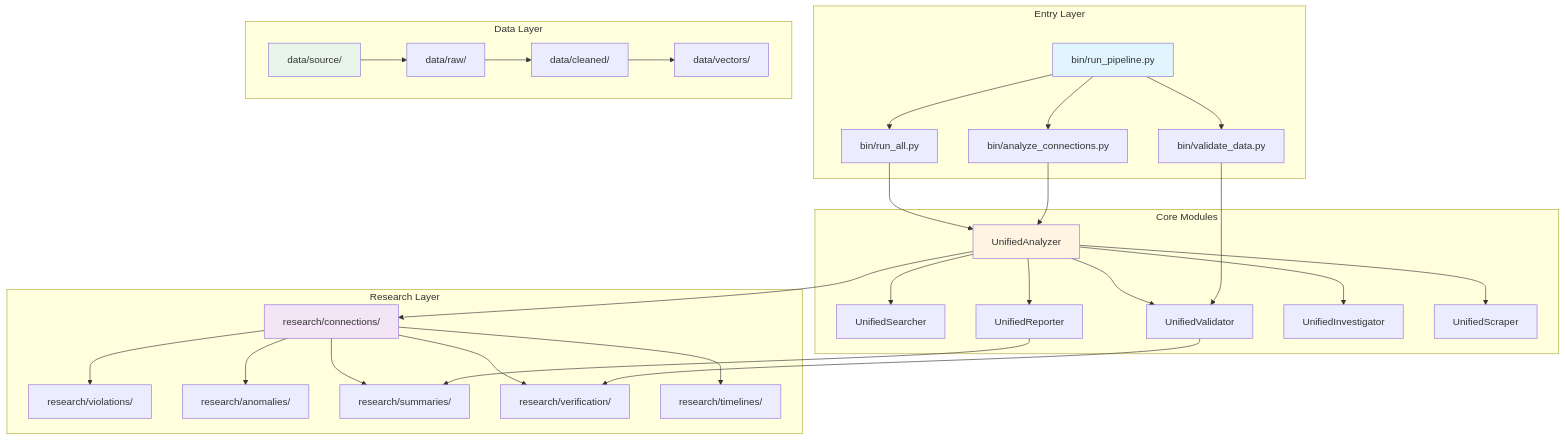
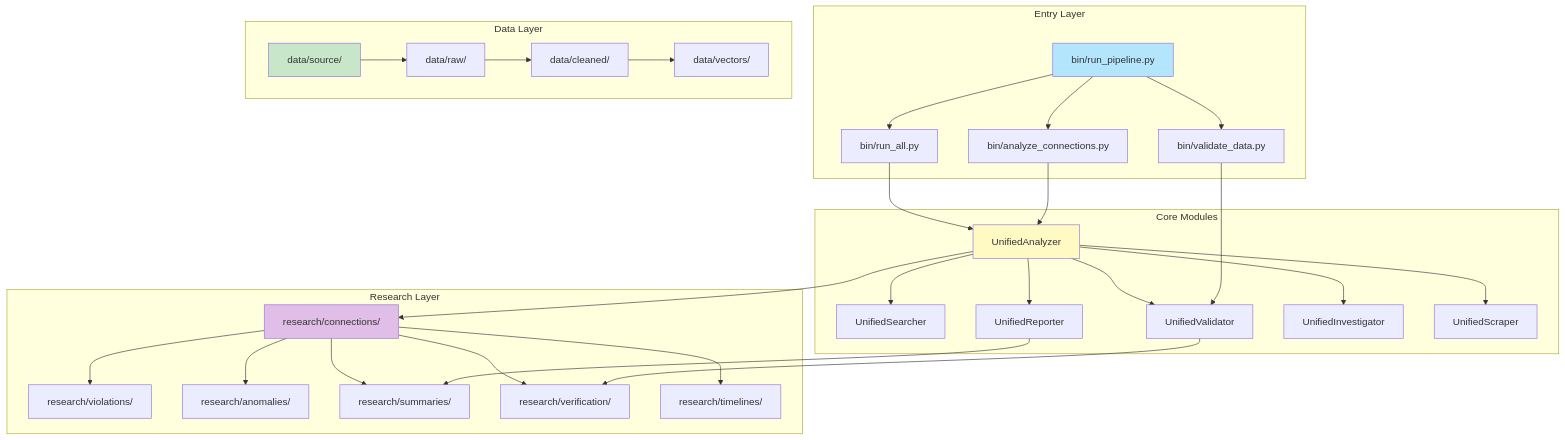
The diagram in docs/SYSTEM_ARCHITECTURE.md (1digitaldesign/kettler-data-analysis), drawn with Mermaid before and after one commit. The commit also changed 16 other files, not shown here.

First line of the commit message:
Refactor all diagrams with pastel color scheme and add new diagrams

````diff
--- a/docs/SYSTEM_ARCHITECTURE.md
+++ b/docs/SYSTEM_ARCHITECTURE.md
@@ -9,42 +9,42 @@
 ```mermaid
 graph TB
     subgraph "Entry Layer"
         A[bin/run_pipeline.py] --> B[bin/run_all.py]
         A --> C[bin/analyze_connections.py]
         A --> D[bin/validate_data.py]
     end
 
     subgraph "Core Modules"
         E[UnifiedAnalyzer] --> F[UnifiedSearcher]
         E --> G[UnifiedValidator]
         E --> H[UnifiedReporter]
         E --> I[UnifiedInvestigator]
         E --> J[UnifiedScraper]
     end
 
     subgraph "Data Layer"
         K[data/source/] --> L[data/raw/]
         L --> M[data/cleaned/]
         M --> N[data/vectors/]
     end
 
     subgraph "Research Layer"
         O[research/connections/] --> P[research/violations/]
         O --> Q[research/anomalies/]
         O --> R[research/summaries/]
         O --> S[research/verification/]
         O --> T[research/timelines/]
     end
 
     B --> E
     C --> E
     D --> G
     E --> O
     G --> S
     H --> R
 
-    style A fill:#e1f5ff
-    style E fill:#fff4e1
-    style K fill:#e8f5e9
-    style O fill:#f3e5f5
+    style A fill:#B3E5FC
+    style E fill:#FFF9C4
+    style K fill:#C8E6C9
+    style O fill:#E1BEE7
 ```
````
